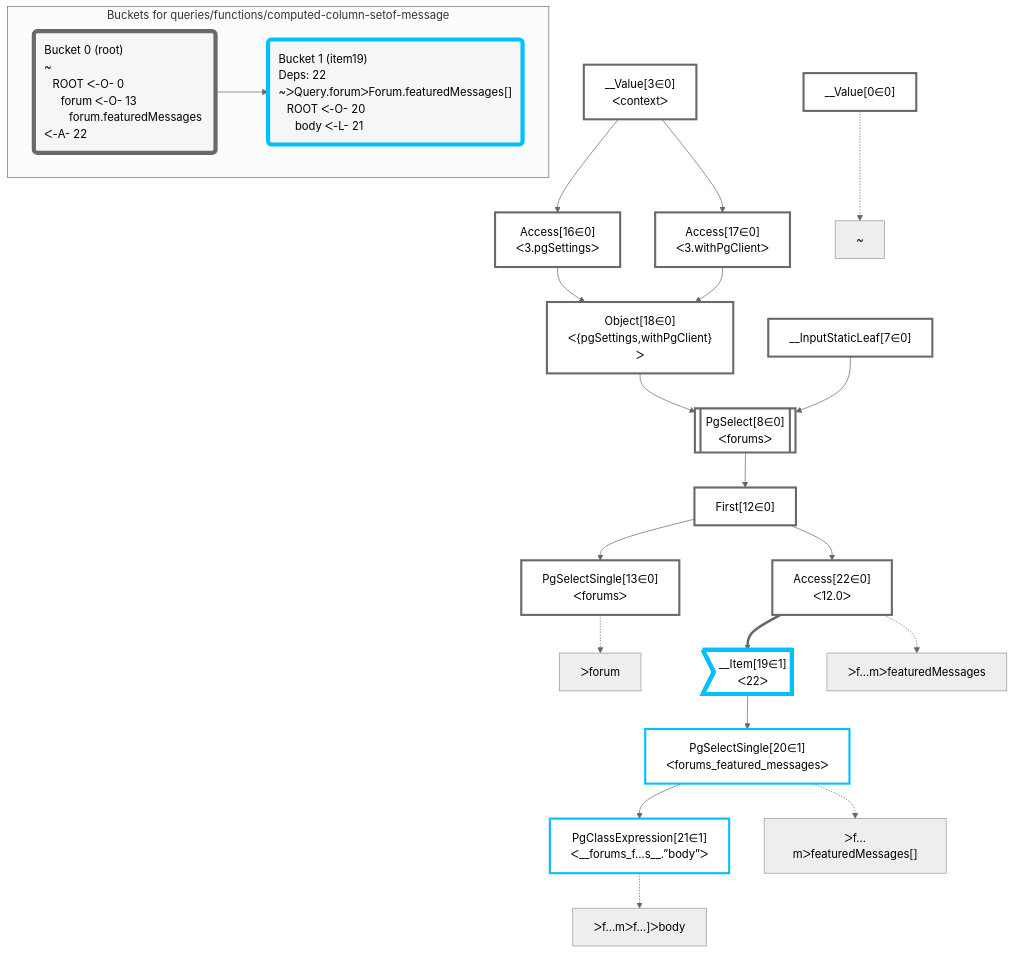
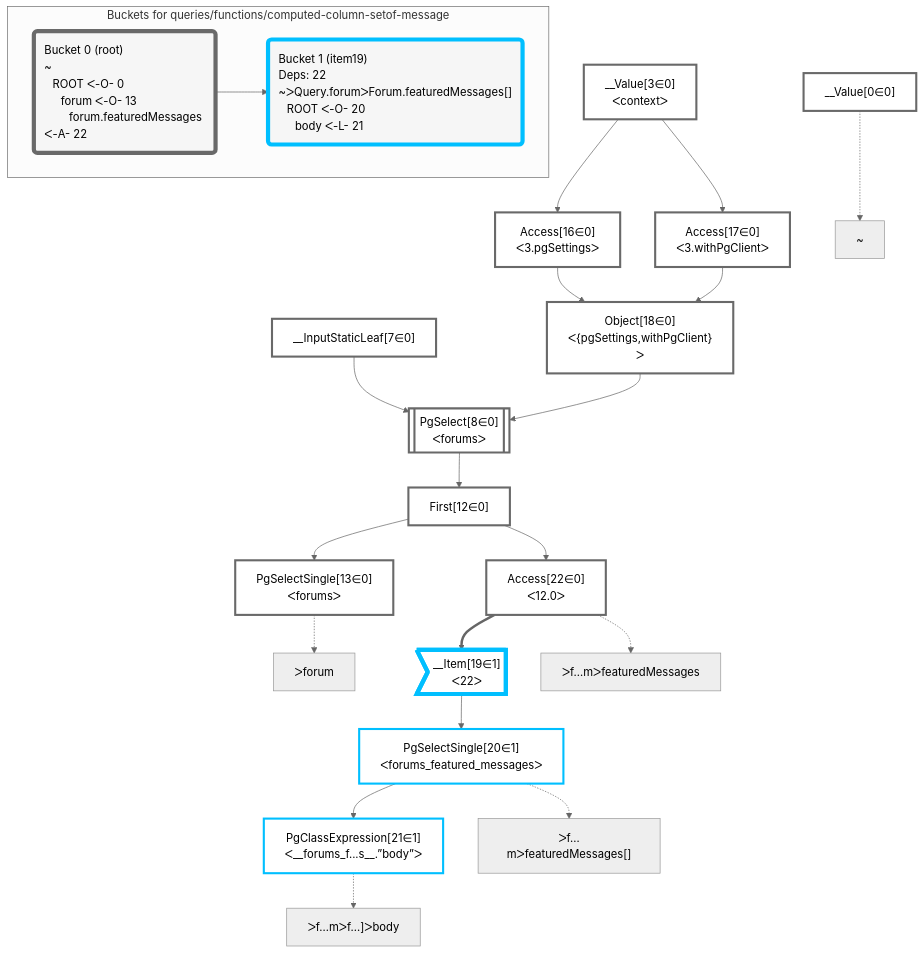
The diagram in packages/dataplan-pg/__tests__/queries/functions/computed-column-setof-message.mermaid.md (graphile/crystal), drawn with Mermaid (neutral theme) before and after one commit. The commit also changed other lines of this file and 195 other files, not shown here.

Commit message:
Reorder graphs

````diff
--- a/packages/dataplan-pg/__tests__/queries/functions/computed-column-setof-message.mermaid.md
+++ b/packages/dataplan-pg/__tests__/queries/functions/computed-column-setof-message.mermaid.md
@@ -1,58 +1,58 @@
 ```mermaid
 graph TD
     classDef path fill:#eee,stroke:#000,color:#000
     classDef plan fill:#fff,stroke-width:3px,color:#000
     classDef itemplan fill:#fff,stroke-width:6px,color:#000
     classDef sideeffectplan fill:#f00,stroke-width:6px,color:#000
     classDef bucket fill:#f6f6f6,color:#000,stroke-width:6px,text-align:left
 
 
     %% define plans
     __Value0["__Value[0∈0]"]:::plan
-    PgSelectSingle13["PgSelectSingle[13∈0]<br />ᐸforumsᐳ"]:::plan
-    PgClassExpression21["PgClassExpression[21∈1]<br />ᐸ__forums_f...s__.”body”ᐳ"]:::plan
-    PgSelectSingle20["PgSelectSingle[20∈1]<br />ᐸforums_featured_messagesᐳ"]:::plan
-    __Item19>"__Item[19∈1]<br />ᐸ22ᐳ"]:::itemplan
-    Access22["Access[22∈0]<br />ᐸ12.0ᐳ"]:::plan
-    First12["First[12∈0]"]:::plan
-    PgSelect8[["PgSelect[8∈0]<br />ᐸforumsᐳ"]]:::plan
-    Object18["Object[18∈0]<br />ᐸ{pgSettings,withPgClient}ᐳ"]:::plan
+    __Value3["__Value[3∈0]<br />ᐸcontextᐳ"]:::plan
+    __InputStaticLeaf7["__InputStaticLeaf[7∈0]"]:::plan
     Access16["Access[16∈0]<br />ᐸ3.pgSettingsᐳ"]:::plan
     Access17["Access[17∈0]<br />ᐸ3.withPgClientᐳ"]:::plan
-    __Value3["__Value[3∈0]<br />ᐸcontextᐳ"]:::plan
-    __InputStaticLeaf7["__InputStaticLeaf[7∈0]"]:::plan
+    Object18["Object[18∈0]<br />ᐸ{pgSettings,withPgClient}ᐳ"]:::plan
+    PgSelect8[["PgSelect[8∈0]<br />ᐸforumsᐳ"]]:::plan
+    First12["First[12∈0]"]:::plan
+    PgSelectSingle13["PgSelectSingle[13∈0]<br />ᐸforumsᐳ"]:::plan
+    Access22["Access[22∈0]<br />ᐸ12.0ᐳ"]:::plan
+    __Item19>"__Item[19∈1]<br />ᐸ22ᐳ"]:::itemplan
+    PgSelectSingle20["PgSelectSingle[20∈1]<br />ᐸforums_featured_messagesᐳ"]:::plan
+    PgClassExpression21["PgClassExpression[21∈1]<br />ᐸ__forums_f...s__.”body”ᐳ"]:::plan
 
     %% plan dependencies
-    First12 --> PgSelectSingle13
-    PgSelectSingle20 --> PgClassExpression21
-    __Item19 --> PgSelectSingle20
-    Access22 ==> __Item19
-    First12 --> Access22
-    PgSelect8 --> First12
-    Object18 & __InputStaticLeaf7 --> PgSelect8
-    Access16 & Access17 --> Object18
     __Value3 --> Access16
     __Value3 --> Access17
+    Access16 & Access17 --> Object18
+    Object18 & __InputStaticLeaf7 --> PgSelect8
+    PgSelect8 --> First12
+    First12 --> PgSelectSingle13
+    First12 --> Access22
+    Access22 ==> __Item19
+    __Item19 --> PgSelectSingle20
+    PgSelectSingle20 --> PgClassExpression21
 
     %% plan-to-path relationships
     P0["~"]
     __Value0 -.-> P0
     P13["ᐳforum"]
     PgSelectSingle13 -.-> P13
     P20["ᐳf…mᐳfeaturedMessages[]"]
     PgSelectSingle20 -.-> P20
     P21["ᐳf…mᐳf…]ᐳbody"]
     PgClassExpression21 -.-> P21
     P22["ᐳf…mᐳfeaturedMessages"]
     Access22 -.-> P22
 
     subgraph "Buckets for queries/functions/computed-column-setof-message"
     Bucket0("Bucket 0 (root)<br />~<br />⠀ROOT ᐸ-O- 0<br />⠀⠀forum ᐸ-O- 13<br />⠀⠀⠀forum.featuredMessages ᐸ-A- 22"):::bucket
     classDef bucket0 stroke:#696969
     class Bucket0,__Value0,__Value3,__InputStaticLeaf7,PgSelect8,First12,PgSelectSingle13,Access16,Access17,Object18,Access22 bucket0
     Bucket1("Bucket 1 (item19)<br />Deps: 22<br />~ᐳQuery.forumᐳForum.featuredMessages[]<br />⠀ROOT ᐸ-O- 20<br />⠀⠀body ᐸ-L- 21"):::bucket
     classDef bucket1 stroke:#00bfff
     class Bucket1,__Item19,PgSelectSingle20,PgClassExpression21 bucket1
     Bucket0 --> Bucket1
     end
 ```
````
